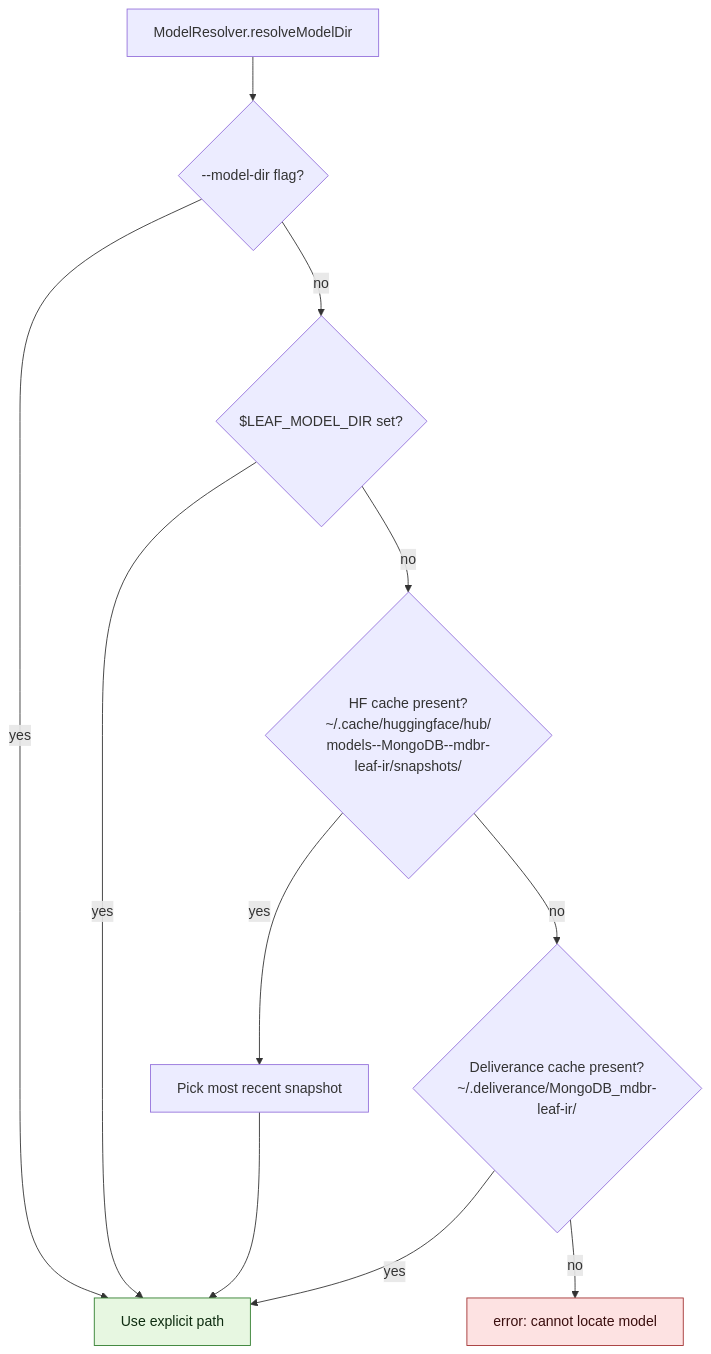
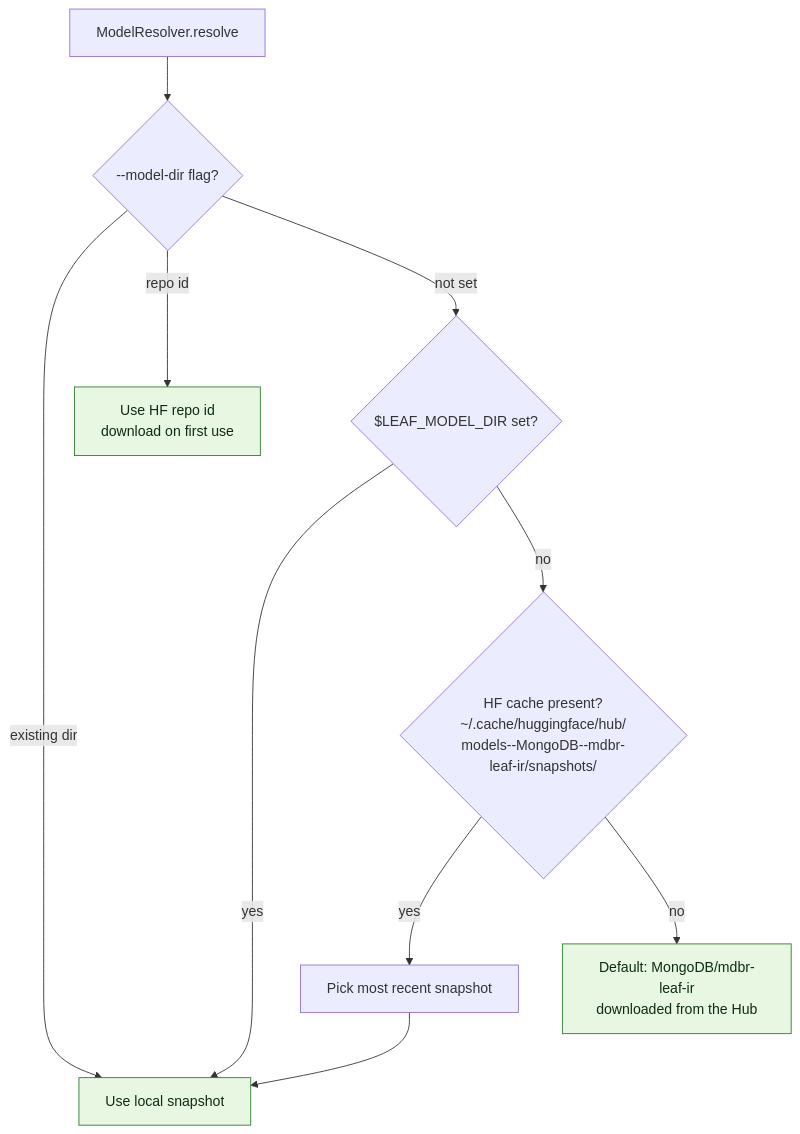
Before and after one commit to michalharakal/SKaiNET-leaf-cli: the second of 3 diagrams in README.md, drawn with Mermaid. The commit also changed other lines of this file and 6 other files, not shown here.

````diff
--- a/README.md
+++ b/README.md
@@ -35,18 +36,15 @@
 ```mermaid
 flowchart TD
-    A[ModelResolver.resolveModelDir] --> B{--model-dir flag?}
-    B -- yes --> Z[Use explicit path]
-    B -- no --> C{$LEAF_MODEL_DIR set?}
+    A[ModelResolver.resolve] --> B{--model-dir flag?}
+    B -- existing dir --> Z[Use local snapshot]
+    B -- repo id --> Y[Use HF repo id<br/>download on first use]
+    B -- not set --> C{$LEAF_MODEL_DIR set?}
     C -- yes --> Z
     C -- no --> D{HF cache present?<br/>~/.cache/huggingface/hub/<br/>models--MongoDB--mdbr-leaf-ir/snapshots/}
     D -- yes --> E[Pick most recent snapshot]
     E --> Z
-    D -- no --> F{Deliverance cache present?<br/>~/.deliverance/MongoDB_mdbr-leaf-ir/}
-    F -- yes --> Z
-    F -- no --> X[error: cannot locate model]
+    D -- no --> Y2[Default: MongoDB/mdbr-leaf-ir<br/>downloaded from the Hub]
 
     classDef ok fill:#e7f7e1,stroke:#2f7c2c,color:#0e2c10
-    classDef err fill:#fde2e2,stroke:#a13030,color:#3a0e0e
-    class Z ok
-    class X err
+    class Z,Y,Y2 ok
 ```
````
